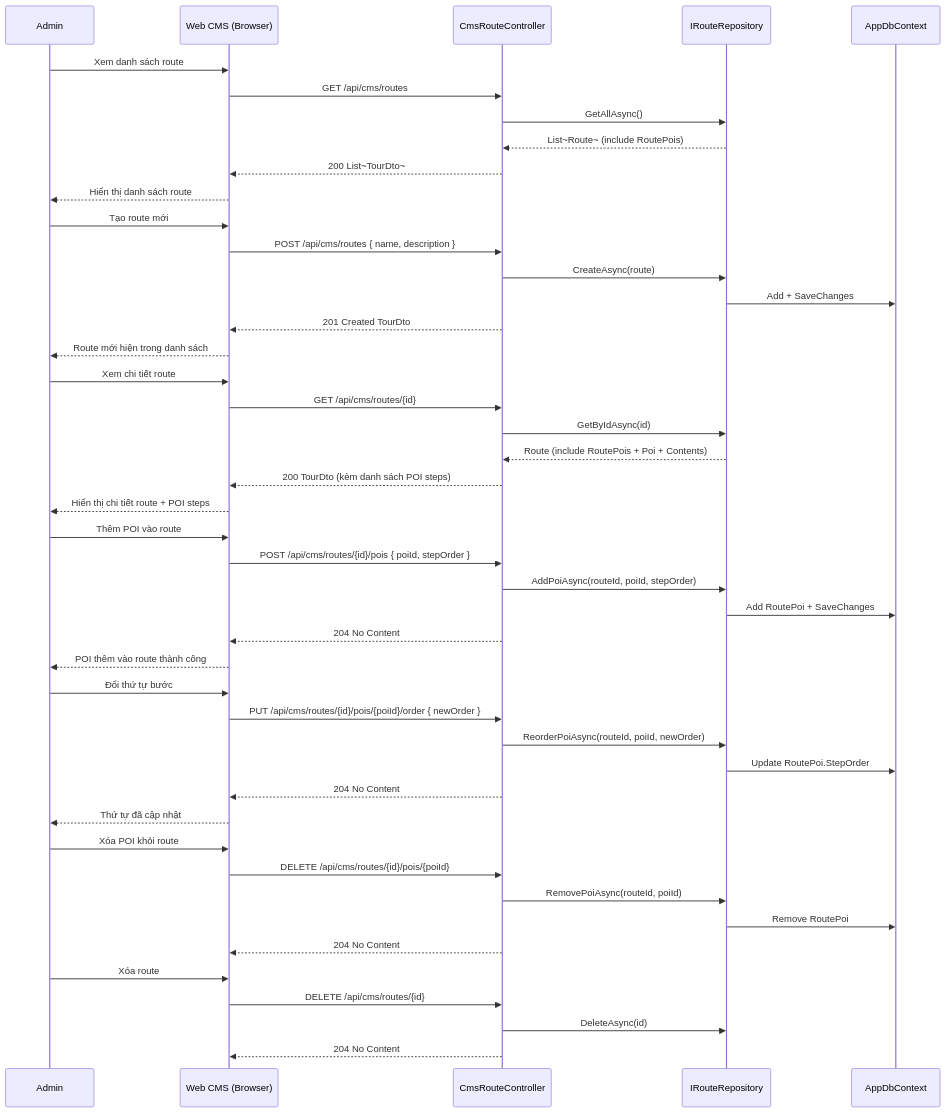
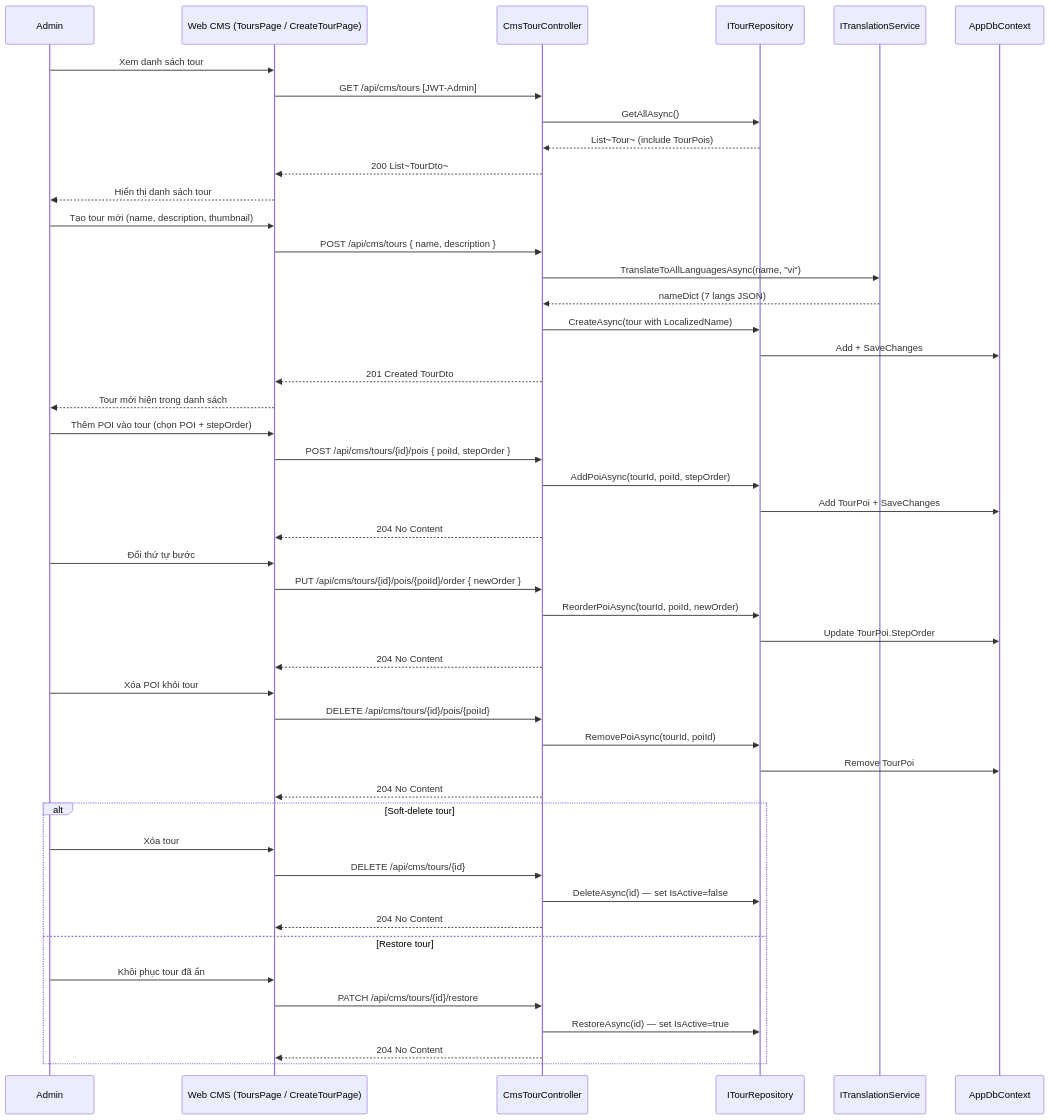
Diagram 38 of 58 in PRD.md (quynhtien1977/AudioGo), drawn with Mermaid before and after one commit. The commit also changed other lines of this file, not shown here.

Commit message:
thêm prd

````diff
--- a/PRD.md
+++ b/PRD.md
@@ -1483,54 +1780,55 @@
 ```mermaid
 sequenceDiagram
     participant Admin
-    participant CMS as Web CMS (Browser)
-    participant RouteCtrl as CmsRouteController
-    participant Repo as IRouteRepository
+    participant CMS as Web CMS (ToursPage / CreateTourPage)
+    participant TourCtrl as CmsTourController
+    participant Repo as ITourRepository
+    participant Trans as ITranslationService
     participant DB as AppDbContext
 
-    Admin ->> CMS: Xem danh sách route
-    CMS ->> RouteCtrl: GET /api/cms/routes
-    RouteCtrl ->> Repo: GetAllAsync()
-    Repo -->> RouteCtrl: List~Route~ (include RoutePois)
-    RouteCtrl -->> CMS: 200 List~TourDto~
-    CMS -->> Admin: Hiển thị danh sách route
+    Admin ->> CMS: Xem danh sách tour
+    CMS ->> TourCtrl: GET /api/cms/tours [JWT-Admin]
+    TourCtrl ->> Repo: GetAllAsync()
+    Repo -->> TourCtrl: List~Tour~ (include TourPois)
+    TourCtrl -->> CMS: 200 List~TourDto~
+    CMS -->> Admin: Hiển thị danh sách tour
 
-    Admin ->> CMS: Tạo route mới
-    CMS ->> RouteCtrl: POST /api/cms/routes { name, description }
-    RouteCtrl ->> Repo: CreateAsync(route)
+    Admin ->> CMS: Tạo tour mới (name, description, thumbnail)
+    CMS ->> TourCtrl: POST /api/cms/tours { name, description }
+    TourCtrl ->> Trans: TranslateToAllLanguagesAsync(name, "vi")
+    Trans -->> TourCtrl: nameDict (7 langs JSON)
+    TourCtrl ->> Repo: CreateAsync(tour with LocalizedName)
     Repo ->> DB: Add + SaveChanges
-    RouteCtrl -->> CMS: 201 Created TourDto
-    CMS -->> Admin: Route mới hiện trong danh sách
+    TourCtrl -->> CMS: 201 Created TourDto
+    CMS -->> Admin: Tour mới hiện trong danh sách
 
-    Admin ->> CMS: Xem chi tiết route
-    CMS ->> RouteCtrl: GET /api/cms/routes/{id}
-    RouteCtrl ->> Repo: GetByIdAsync(id)
-    Repo -->> RouteCtrl: Route (include RoutePois + Poi + Contents)
-    RouteCtrl -->> CMS: 200 TourDto (kèm danh sách POI steps)
-    CMS -->> Admin: Hiển thị chi tiết route + POI steps
-
-    Admin ->> CMS: Thêm POI vào route
-    CMS ->> RouteCtrl: POST /api/cms/routes/{id}/pois { poiId, stepOrder }
-    RouteCtrl ->> Repo: AddPoiAsync(routeId, poiId, stepOrder)
-    Repo ->> DB: Add RoutePoi + SaveChanges
-    RouteCtrl -->> CMS: 204 No Content
-    CMS -->> Admin: POI thêm vào route thành công
+    Admin ->> CMS: Thêm POI vào tour (chọn POI + stepOrder)
+    CMS ->> TourCtrl: POST /api/cms/tours/{id}/pois { poiId, stepOrder }
+    TourCtrl ->> Repo: AddPoiAsync(tourId, poiId, stepOrder)
+    Repo ->> DB: Add TourPoi + SaveChanges
+    TourCtrl -->> CMS: 204 No Content
 
     Admin ->> CMS: Đổi thứ tự bước
-    CMS ->> RouteCtrl: PUT /api/cms/routes/{id}/pois/{poiId}/order { newOrder }
-    RouteCtrl ->> Repo: ReorderPoiAsync(routeId, poiId, newOrder)
-    Repo ->> DB: Update RoutePoi.StepOrder
-    RouteCtrl -->> CMS: 204 No Content
-    CMS -->> Admin: Thứ tự đã cập nhật
+    CMS ->> TourCtrl: PUT /api/cms/tours/{id}/pois/{poiId}/order { newOrder }
+    TourCtrl ->> Repo: ReorderPoiAsync(tourId, poiId, newOrder)
+    Repo ->> DB: Update TourPoi.StepOrder
+    TourCtrl -->> CMS: 204 No Content
 
-    Admin ->> CMS: Xóa POI khỏi route
-    CMS ->> RouteCtrl: DELETE /api/cms/routes/{id}/pois/{poiId}
-    RouteCtrl ->> Repo: RemovePoiAsync(routeId, poiId)
-    Repo ->> DB: Remove RoutePoi
-    RouteCtrl -->> CMS: 204 No Content
+    Admin ->> CMS: Xóa POI khỏi tour
+    CMS ->> TourCtrl: DELETE /api/cms/tours/{id}/pois/{poiId}
+    TourCtrl ->> Repo: RemovePoiAsync(tourId, poiId)
+    Repo ->> DB: Remove TourPoi
+    TourCtrl -->> CMS: 204 No Content
 
-    Admin ->> CMS: Xóa route
-    CMS ->> RouteCtrl: DELETE /api/cms/routes/{id}
-    RouteCtrl ->> Repo: DeleteAsync(id)
-    RouteCtrl -->> CMS: 204 No Content
+    alt Soft-delete tour
+        Admin ->> CMS: Xóa tour
+        CMS ->> TourCtrl: DELETE /api/cms/tours/{id}
+        TourCtrl ->> Repo: DeleteAsync(id) — set IsActive=false
+        TourCtrl -->> CMS: 204 No Content
+    else Restore tour
+        Admin ->> CMS: Khôi phục tour đã ẩn
+        CMS ->> TourCtrl: PATCH /api/cms/tours/{id}/restore
+        TourCtrl ->> Repo: RestoreAsync(id) — set IsActive=true
+        TourCtrl -->> CMS: 204 No Content
+    end
 ```
````
